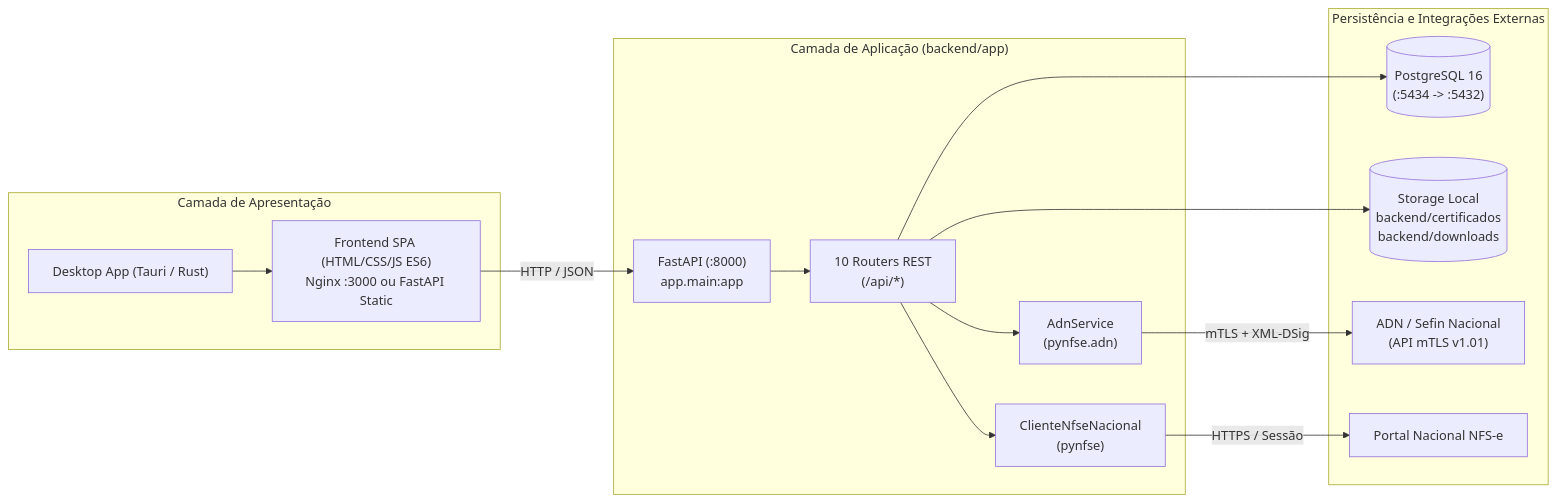
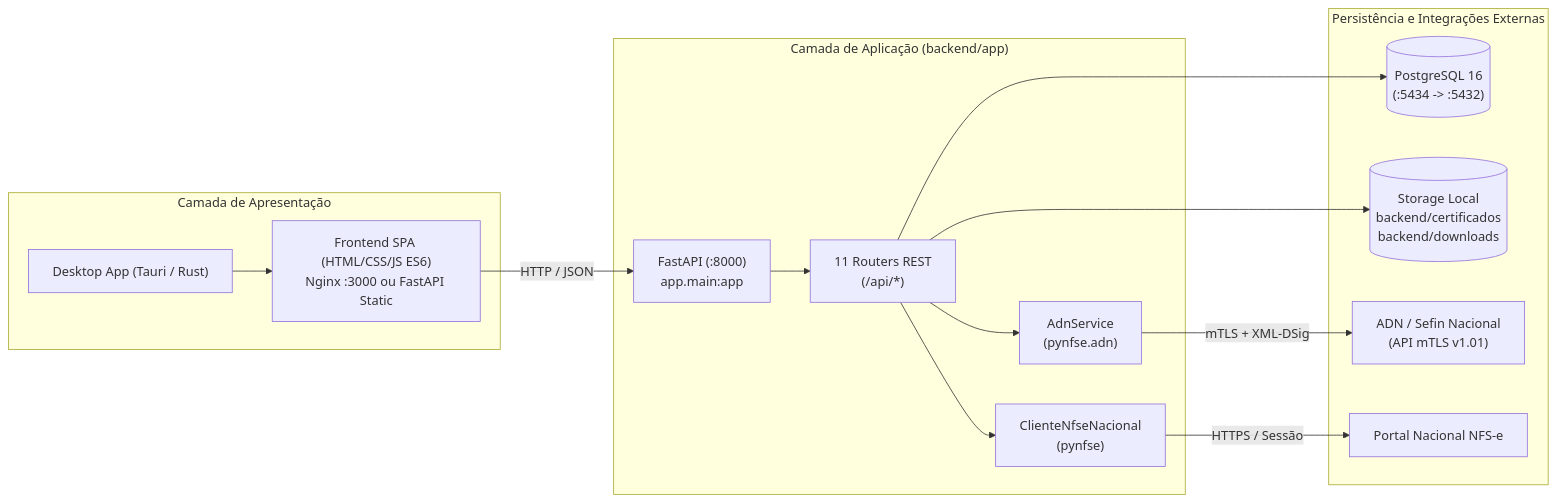
One commit to cleitonleonel/nfse_manager changed the diagram in README.md. Above: the diagram before and after it, drawn with Mermaid. The commit also changed 2 other files, not shown here.

Commit message:
:art: docs: corrige diagramas Mermaid e contagem de routers REST

````diff
--- a/README.md
+++ b/README.md
@@ -78,31 +78,31 @@
 ```mermaid
 flowchart LR
     subgraph Client["Camada de Apresentação"]
         SPA["Frontend SPA (HTML/CSS/JS ES6)<br/>Nginx :3000 ou FastAPI Static"]
         Tauri["Desktop App (Tauri / Rust)"]
     end
 
     subgraph Backend["Camada de Aplicação (backend/app)"]
         API["FastAPI (:8000)<br/>app.main:app"]
-        Routers["10 Routers REST<br/>(/api/*)"]
+        Routers["11 Routers REST<br/>(/api/*)"]
         AdnSvc["AdnService<br/>(pynfse.adn)"]
         PortalBot["ClienteNfseNacional<br/>(pynfse)"]
     end
 
     subgraph Infra["Persistência e Integrações Externas"]
         PG[("PostgreSQL 16<br/>(:5434 -> :5432)")]
         FS[("Storage Local<br/>backend/certificados<br/>backend/downloads")]
         ADN["ADN / Sefin Nacional<br/>(API mTLS v1.01)"]
         Portal["Portal Nacional NFS-e"]
     end
 
     Tauri --> SPA
     SPA -->|HTTP / JSON| API
     API --> Routers
     Routers --> PG
     Routers --> FS
     Routers --> AdnSvc
     Routers --> PortalBot
     AdnSvc -->|mTLS + XML-DSig| ADN
     PortalBot -->|HTTPS / Sessão| Portal
 ```
````
